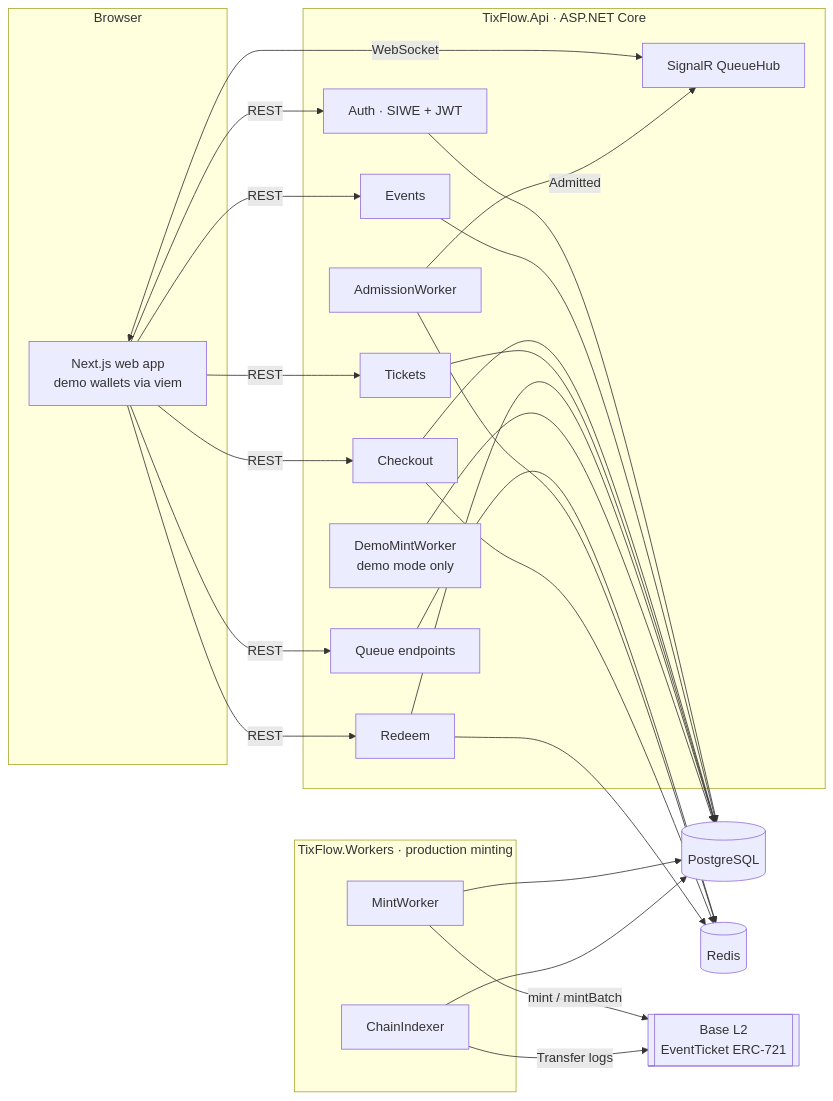
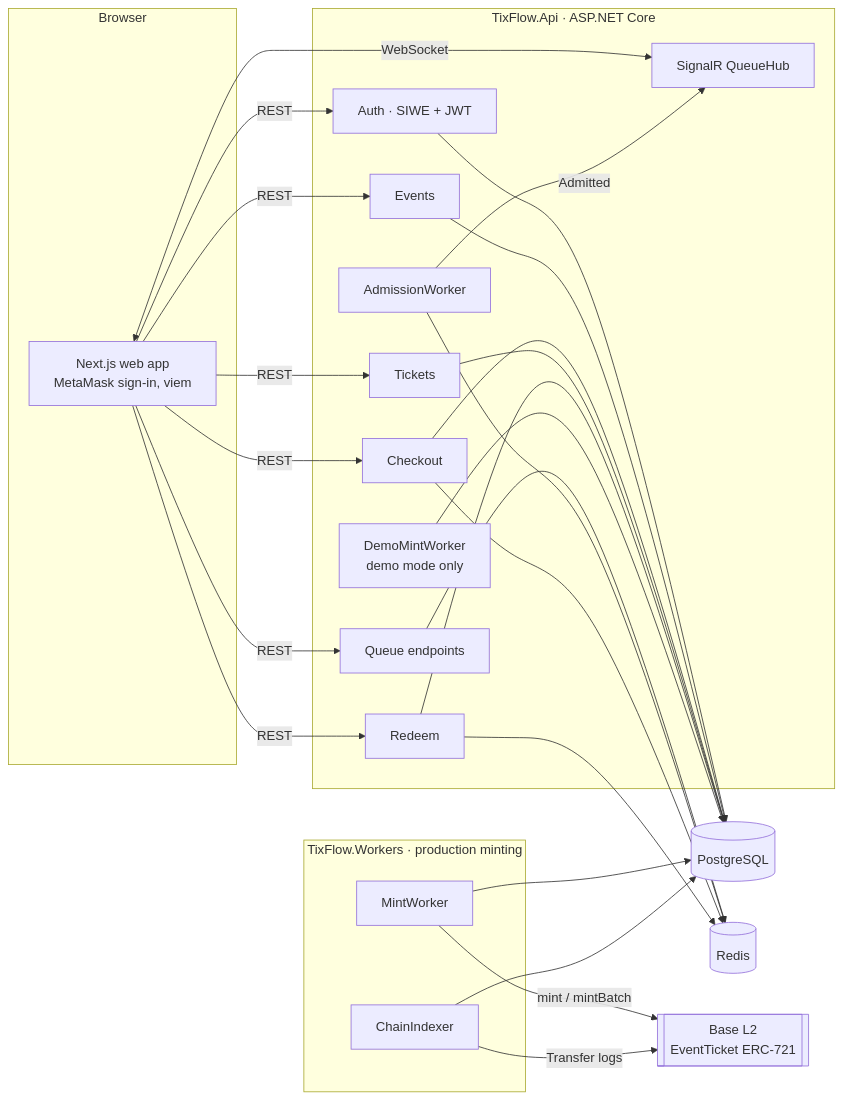
One commit to MariBagrationi/base-ticketing changed the second of 3 diagrams in README.md. Above: the diagram before and after it, drawn with Mermaid. The commit also changed other lines of this file and 3 other files, not shown here.

````diff
--- a/README.md
+++ b/README.md
@@ -85,41 +95,41 @@
 ```mermaid
 flowchart LR
     subgraph Browser
-        W[Next.js web app<br/>demo wallets via viem]
+        W[Next.js web app<br/>MetaMask sign-in, viem]
     end
 
     subgraph API[TixFlow.Api · ASP.NET Core]
         AUTH[Auth · SIWE + JWT]
         EV[Events]
         Q[Queue endpoints]
         HUB[SignalR QueueHub]
         AW[AdmissionWorker]
         CO[Checkout]
         TK[Tickets]
         RD[Redeem]
         DM[DemoMintWorker<br/>demo mode only]
     end
 
     subgraph Workers[TixFlow.Workers · production minting]
         MW[MintWorker]
         IX[ChainIndexer]
     end
 
     PG[(PostgreSQL)]
     RS[(Redis)]
     BASE[[Base L2<br/>EventTicket ERC-721]]
 
     W -- REST --> AUTH & EV & Q & CO & TK & RD
     W <-- WebSocket --> HUB
     Q --> RS
     AW --> RS
     AW -- Admitted --> HUB
     CO --> RS
     RD --> RS
     AUTH & EV & CO & TK & RD --> PG
     DM --> PG
     MW --> PG
     MW -- mint / mintBatch --> BASE
     IX -- Transfer logs --> BASE
     IX --> PG
 ```
````
